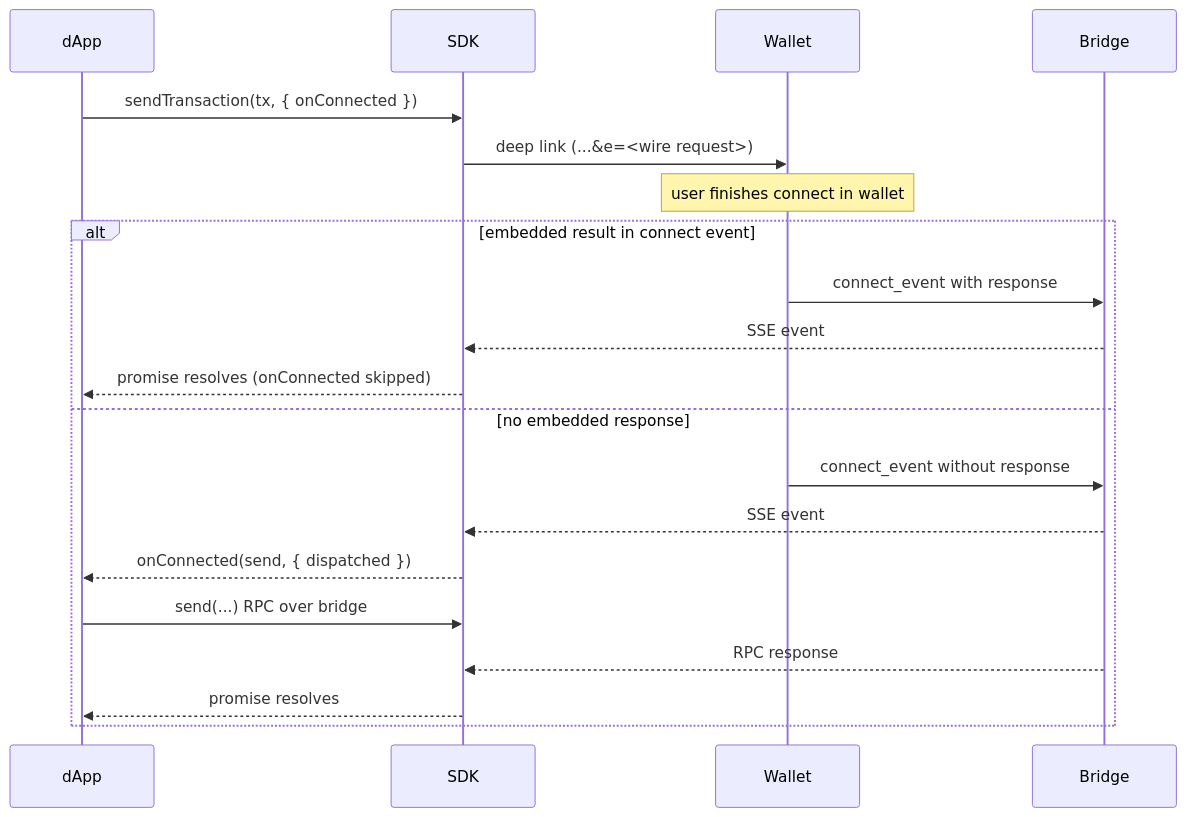
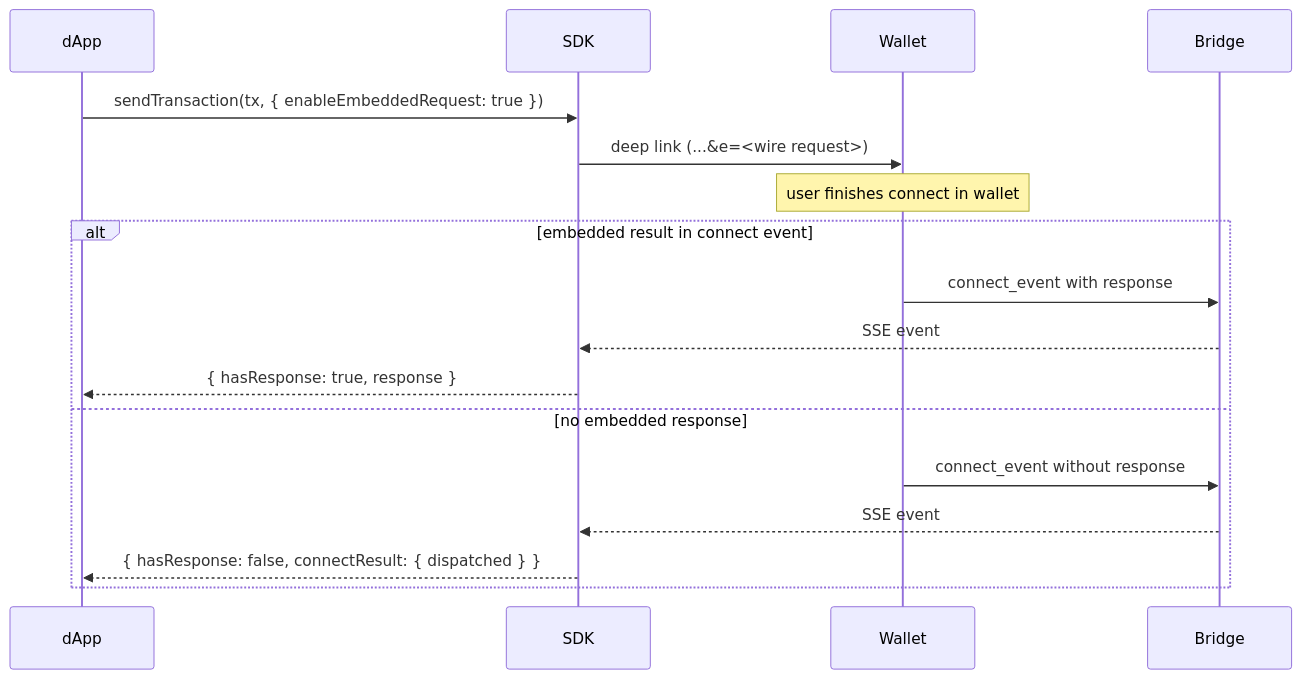
One commit to the-ton-tech/ton-docs-private changed the diagram in ecosystem/ton-connect/how-to/embedded-request.mdx. Above: the diagram before and after it, drawn with Mermaid. The commit also changed other lines of this file and 5 other files, not shown here.

````diff
--- a/ecosystem/ton-connect/how-to/embedded-request.mdx
+++ b/ecosystem/ton-connect/how-to/embedded-request.mdx
@@ -25,23 +22,20 @@
 ```mermaid
 sequenceDiagram
     participant dApp
     participant SDK
     participant Wallet
     participant Bridge
 
-    dApp->>SDK: sendTransaction(tx, { onConnected })
+    dApp->>SDK: sendTransaction(tx, { enableEmbeddedRequest: true })
     SDK->>Wallet: deep link (...&e=<wire request>)
     Note over Wallet: user finishes connect in wallet
     alt embedded result in connect event
         Wallet->>Bridge: connect_event with response
         Bridge-->>SDK: SSE event
-        SDK-->>dApp: promise resolves (onConnected skipped)
+        SDK-->>dApp: { hasResponse: true, response }
     else no embedded response
         Wallet->>Bridge: connect_event without response
         Bridge-->>SDK: SSE event
-        SDK-->>dApp: onConnected(send, { dispatched })
-        dApp->>SDK: send(...) RPC over bridge
-        Bridge-->>SDK: RPC response
-        SDK-->>dApp: promise resolves
+        SDK-->>dApp: { hasResponse: false, connectResult: { dispatched } }
     end
 ```
````
